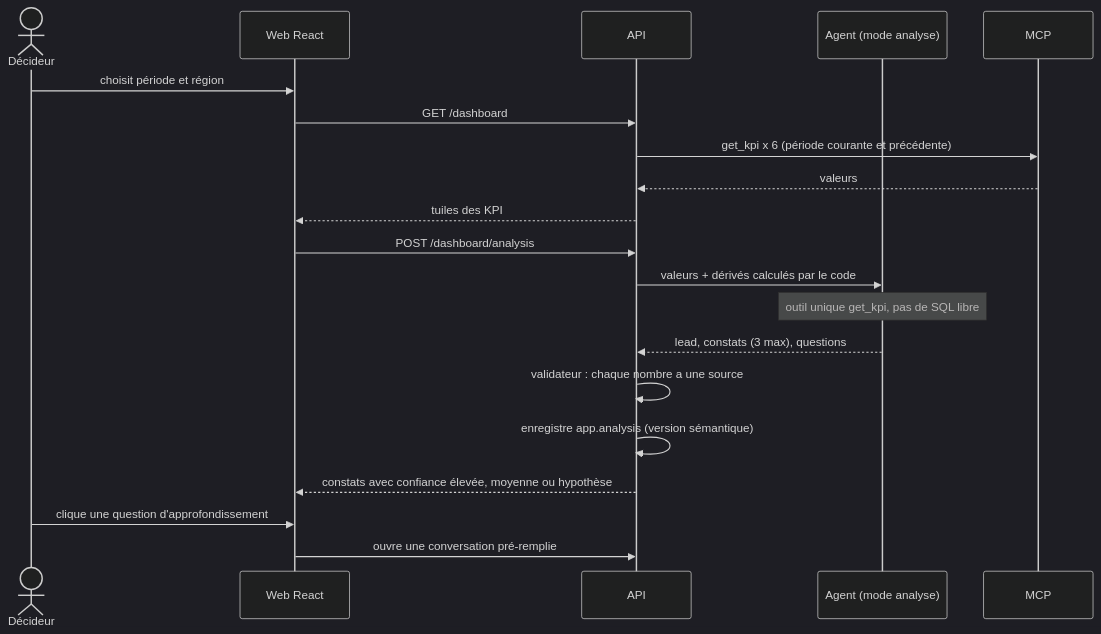
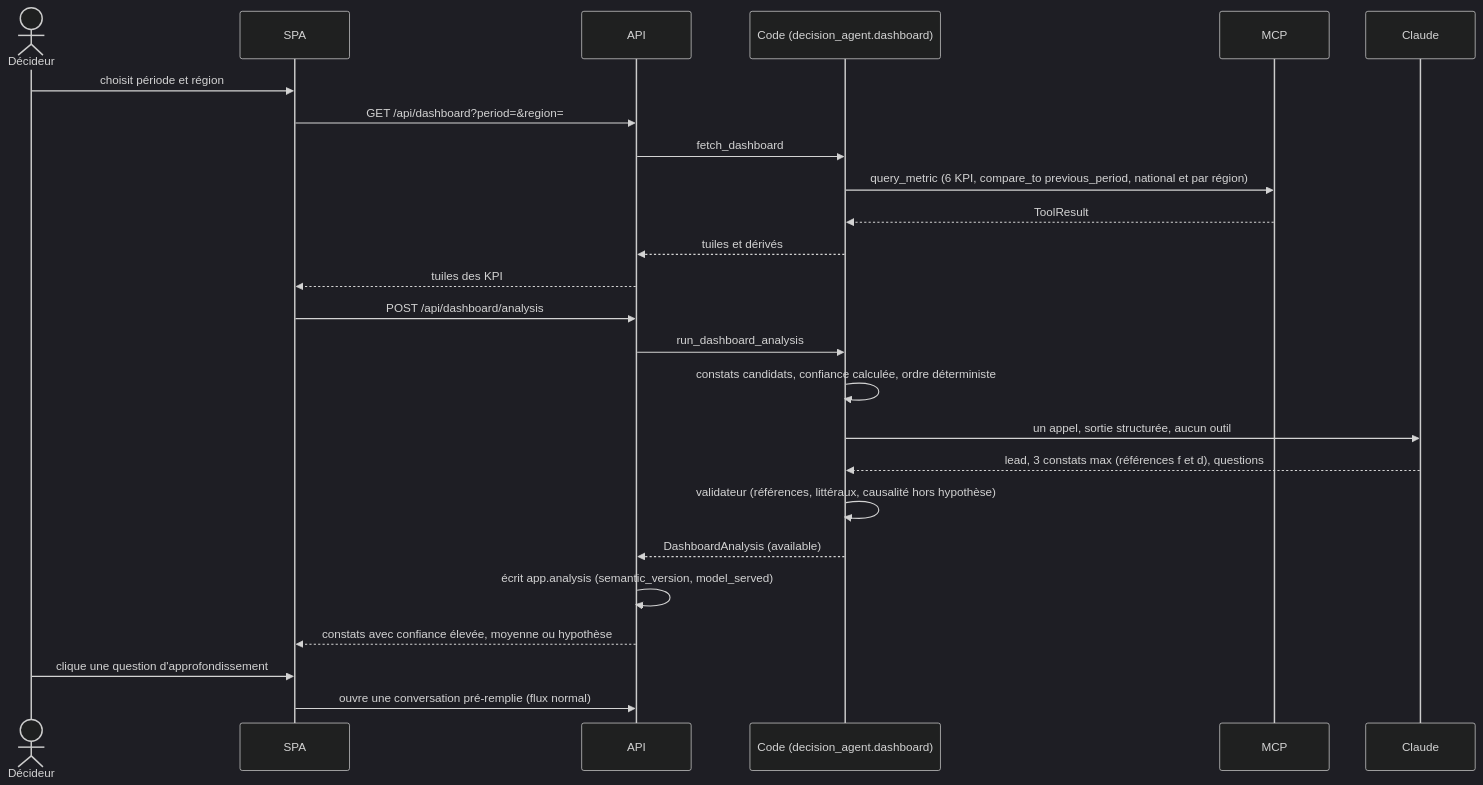
Before and after one commit to justefrank/decision-agent-IA: the ninth of 13 diagrams in docs/DIAGRAMS.md, drawn with Mermaid (dark theme). The commit also changed other lines of this file and 47 other files, not shown here.

First line of the commit message:
docs: passage en v5 (MVP, query_metric, citation par référence, évaluation sur le test seul, intégration Claude) et diagrammes re-rendus

````diff
--- a/docs/DIAGRAMS.md
+++ b/docs/DIAGRAMS.md
@@ -284,22 +385,27 @@
 ```mermaid
 sequenceDiagram
   actor D as Décideur
-  participant W as Web React
+  participant W as SPA
   participant A as API
-  participant G as Agent (mode analyse)
+  participant C as Code (decision_agent.dashboard)
   participant M as MCP
+  participant L as Claude
   D->>W: choisit période et région
-  W->>A: GET /dashboard
-  A->>M: get_kpi x 6 (période courante et précédente)
-  M-->>A: valeurs
+  W->>A: GET /api/dashboard?period=&region=
+  A->>C: fetch_dashboard
+  C->>M: query_metric (6 KPI, compare_to previous_period, national et par région)
+  M-->>C: ToolResult
+  C-->>A: tuiles et dérivés
   A-->>W: tuiles des KPI
-  W->>A: POST /dashboard/analysis
-  A->>G: valeurs + dérivés calculés par le code
-  Note over G: outil unique get_kpi, pas de SQL libre
-  G-->>A: lead, constats (3 max), questions
-  A->>A: validateur : chaque nombre a une source
-  A->>A: enregistre app.analysis (version sémantique)
+  W->>A: POST /api/dashboard/analysis
+  A->>C: run_dashboard_analysis
+  C->>C: constats candidats, confiance calculée, ordre déterministe
+  C->>L: un appel, sortie structurée, aucun outil
+  L-->>C: lead, 3 constats max (références f et d), questions
+  C->>C: validateur (références, littéraux, causalité hors hypothèse)
+  C-->>A: DashboardAnalysis (available)
+  A->>A: écrit app.analysis (semantic_version, model_served)
   A-->>W: constats avec confiance élevée, moyenne ou hypothèse
   D->>W: clique une question d'approfondissement
-  W->>A: ouvre une conversation pré-remplie
+  W->>A: ouvre une conversation pré-remplie (flux normal)
 ```
````
